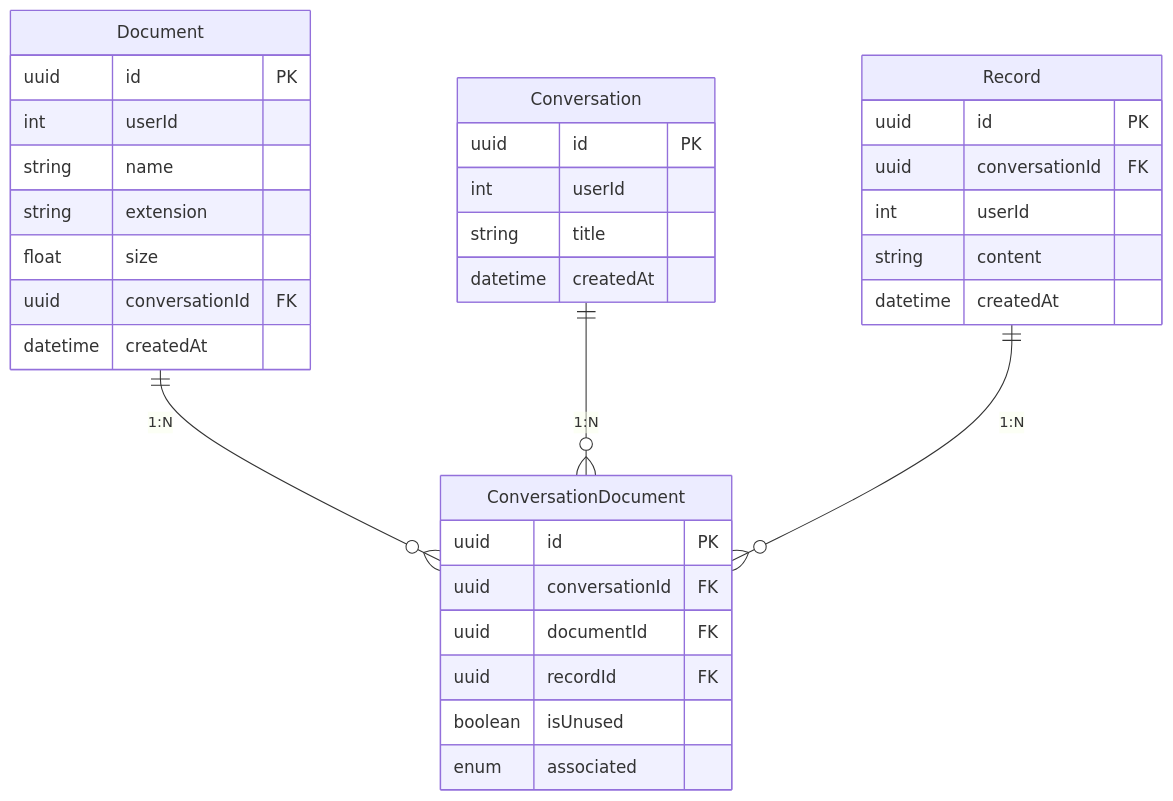
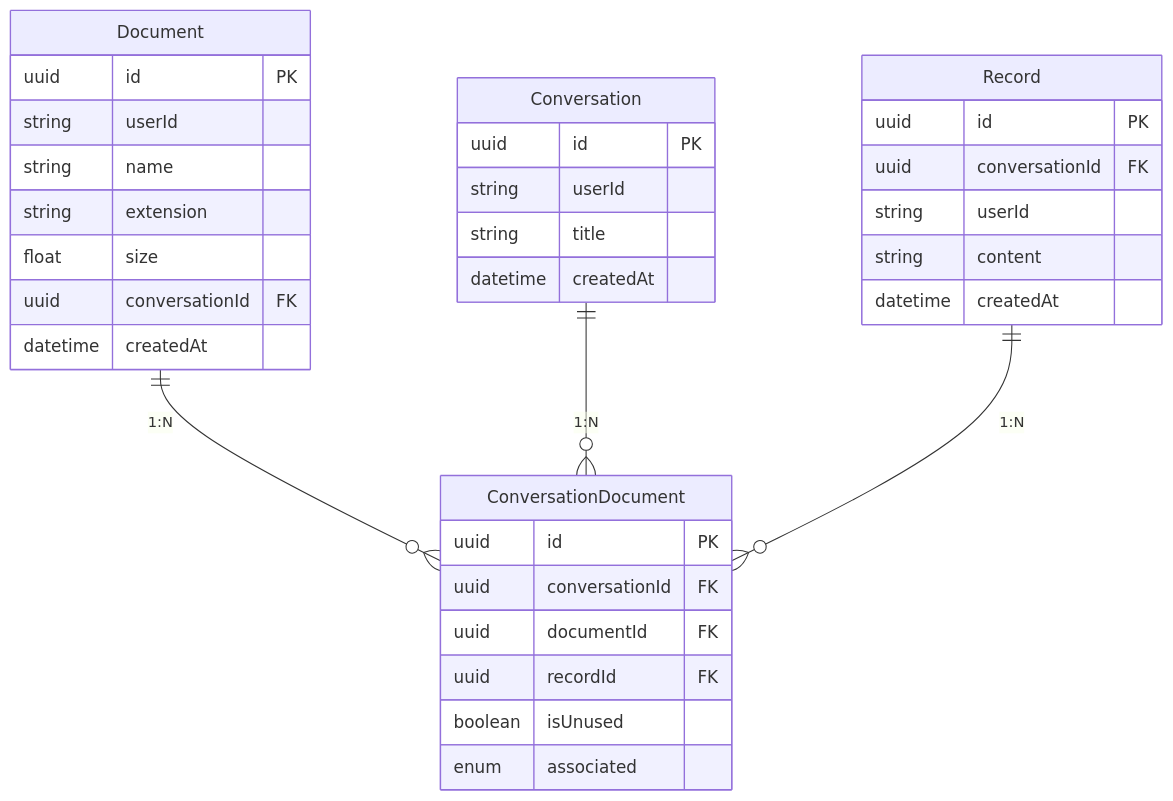
One commit to openeuler-mirror/euler-copilot-framework changed the tenth of 10 diagrams in design/services/document.md. Above: the diagram before and after it, drawn with Mermaid. The commit also changed 18 other files, not shown here.

````diff
--- a/design/services/document.md
+++ b/design/services/document.md
@@ -726,40 +726,40 @@
 ```mermaid
 erDiagram
     Document ||--o{ ConversationDocument : "1:N"
     Conversation ||--o{ ConversationDocument : "1:N"
     Record ||--o{ ConversationDocument : "1:N"
 
     Document {
         uuid id PK
-        int userId
+        string userId
         string name
         string extension
         float size
         uuid conversationId FK
         datetime createdAt
     }
 
     ConversationDocument {
         uuid id PK
         uuid conversationId FK
         uuid documentId FK
         uuid recordId FK
         boolean isUnused
         enum associated
     }
 
     Conversation {
         uuid id PK
-        int userId
+        string userId
         string title
         datetime createdAt
     }
 
     Record {
         uuid id PK
         uuid conversationId FK
-        int userId
+        string userId
         string content
         datetime createdAt
     }
 ```
````
